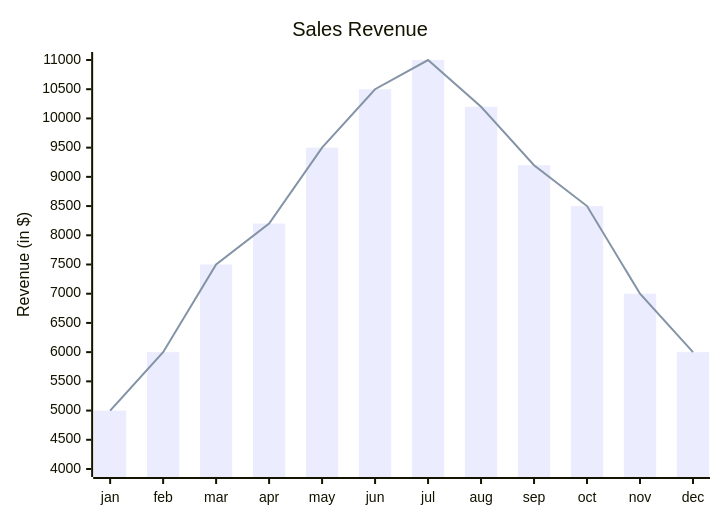
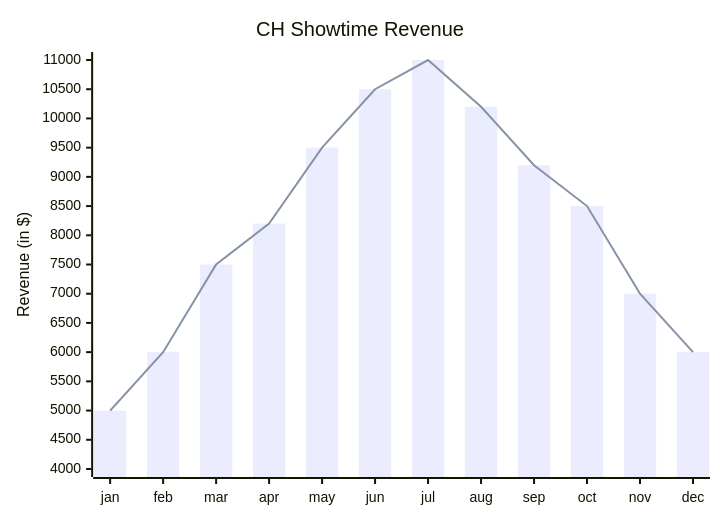
Before and after one commit to virgili23/ch-venue: the fourth of 4 diagrams in README.md, drawn with Mermaid. The commit also changed other lines of this file and 1 other file, not shown here.

````diff
--- a/README.md
+++ b/README.md
@@ -57,11 +70,11 @@
 ```mermaid
 
 xychart-beta
-    title "Sales Revenue"
+    title "CH Showtime Revenue"
     x-axis [jan, feb, mar, apr, may, jun, jul, aug, sep, oct, nov, dec]
     y-axis "Revenue (in $)" 4000 --> 11000
     bar [5000, 6000, 7500, 8200, 9500, 10500, 11000, 10200, 9200, 8500, 7000, 6000]
     line [5000, 6000, 7500, 8200, 9500, 10500, 11000, 10200, 9200, 8500, 7000, 6000]
 
 
 ```
````
